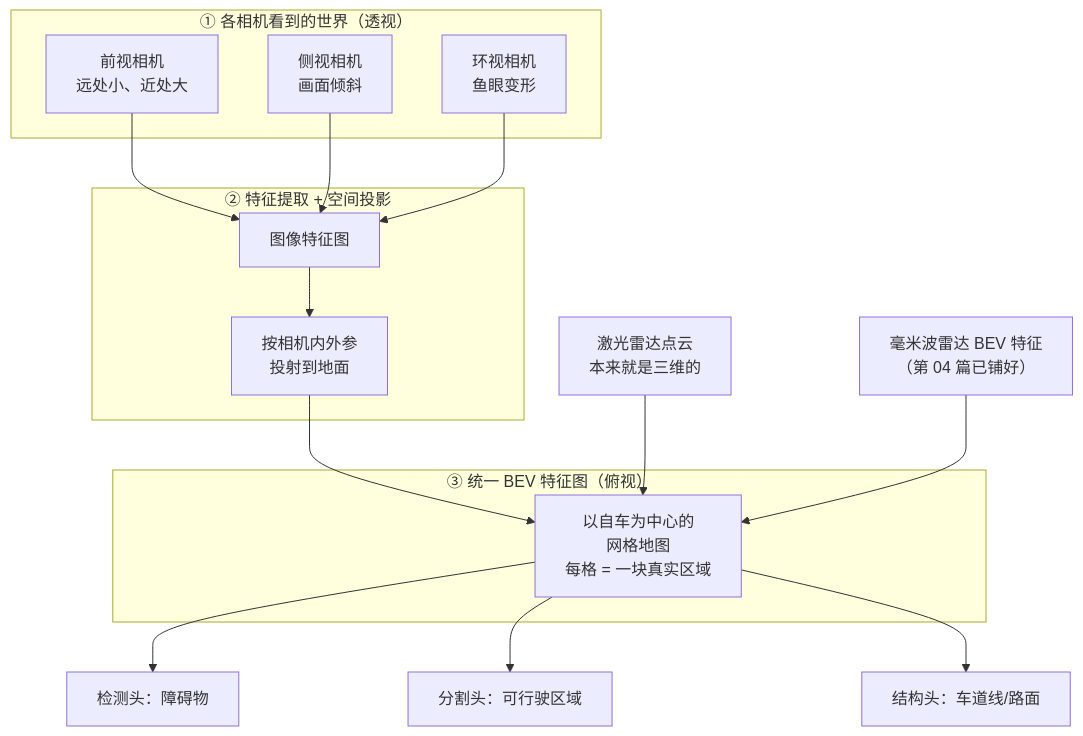
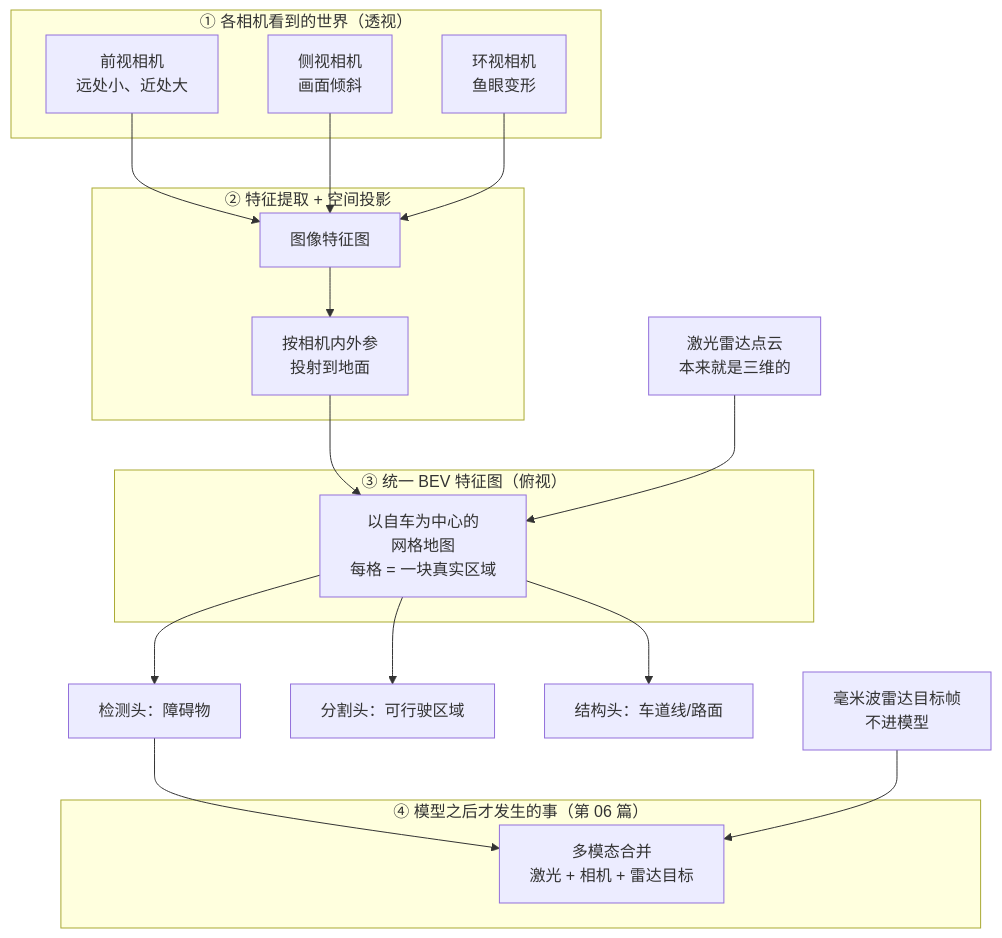
One commit to Franch-Toast/Scriptorium changed the second of 3 diagrams in docs/document/撰修司/E2E架构拆解/05 感知大模型：一次 BEV 推理看懂世界.md. Above: the diagram before and after it, drawn with Mermaid. The commit also changed other lines of this file and 6 other files, not shown here.

````diff
--- a/docs/document/撰修司/E2E架构拆解/05 感知大模型：一次 BEV 推理看懂世界.md
+++ b/docs/document/撰修司/E2E架构拆解/05 感知大模型：一次 BEV 推理看懂世界.md
@@ -59,24 +59,28 @@
 ```mermaid
 flowchart TB
     subgraph S1["① 各相机看到的世界（透视）"]
         C1["前视相机<br/>远处小、近处大"]
         C2["侧视相机<br/>画面倾斜"]
         C3["环视相机<br/>鱼眼变形"]
     end
     subgraph S2["② 特征提取 + 空间投影"]
         F1["图像特征图"]
         F2["按相机内外参<br/>投射到地面"]
     end
     subgraph S3["③ 统一 BEV 特征图（俯视）"]
         B1["以自车为中心的<br/>网格地图<br/>每格 = 一块真实区域"]
     end
     C1 --> F1
     C2 --> F1
     C3 --> F1
     F1 --> F2 --> B1
     L1["激光雷达点云<br/>本来就是三维的"] --> B1
-    R1["毫米波雷达 BEV 特征<br/>（第 04 篇已铺好）"] --> B1
     B1 --> H1["检测头：障碍物"]
     B1 --> H2["分割头：可行驶区域"]
     B1 --> H3["结构头：车道线/路面"]
+    subgraph S4["④ 模型之后才发生的事（第 06 篇）"]
+        M1["多模态合并<br/>激光 + 相机 + 雷达目标"]
+    end
+    H1 --> M1
+    R1["毫米波雷达目标帧<br/>不进模型"] --> M1
 ```
````
